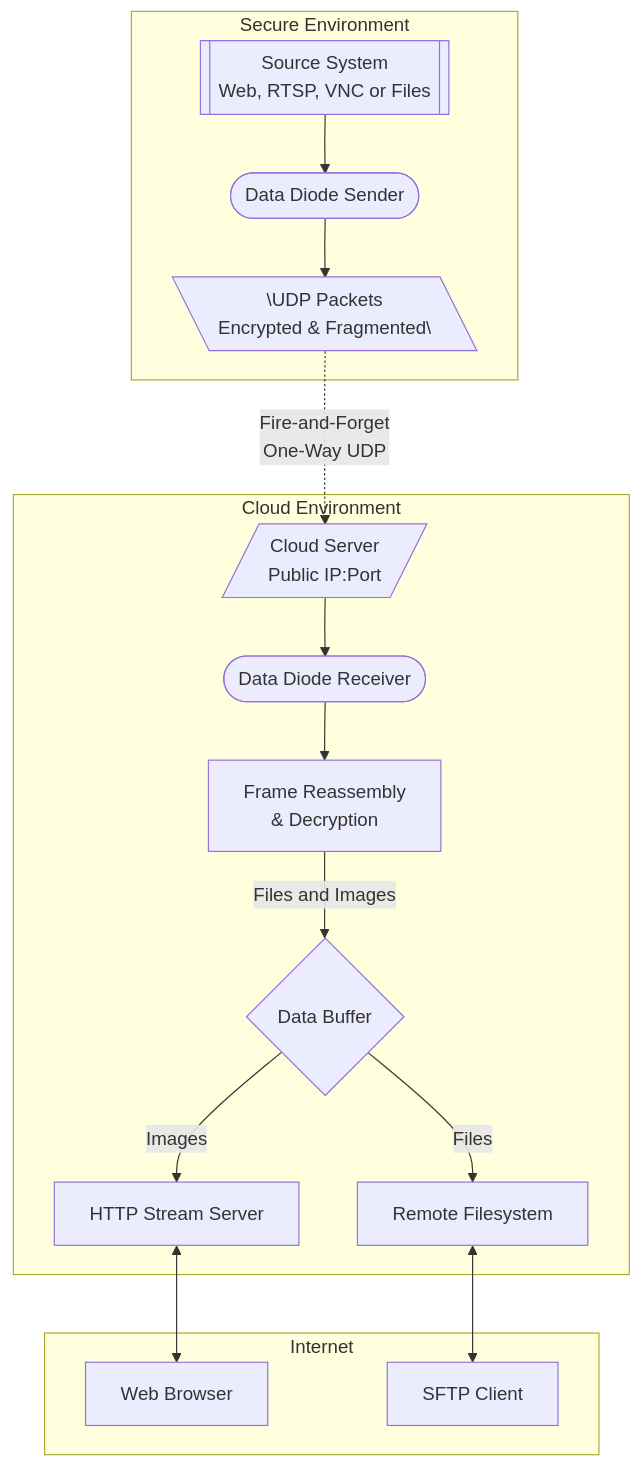
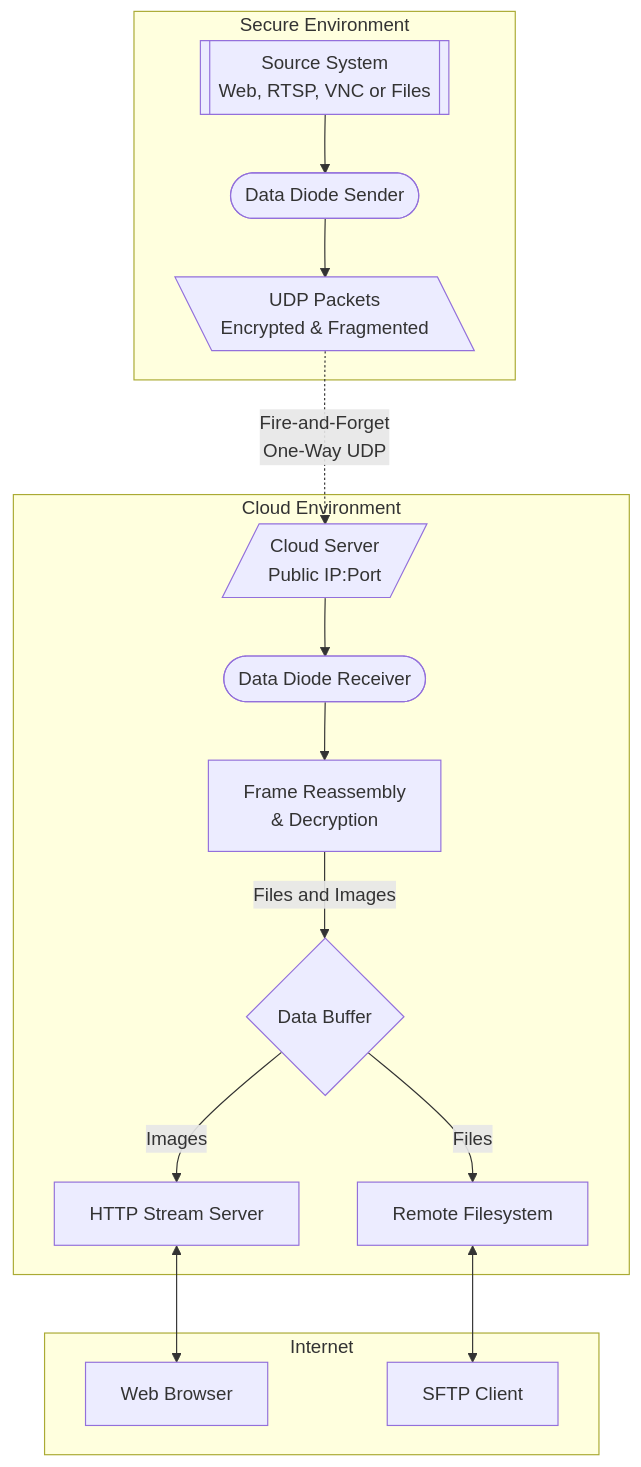
One commit to bmtwl/SoftDataDiode changed the diagram in README.md. Above: the diagram before and after it, drawn with Mermaid.

Commit message:
Update README.md
cleanup slashes

````diff
--- a/README.md
+++ b/README.md
@@ -25,25 +25,25 @@
 ```mermaid
 graph TD
     subgraph "Secure Environment"
         SOURCE[[Source System<BR>Web, RTSP, VNC or Files]] --> SENDER([Data Diode Sender])
-        SENDER --> SENDERPROCESSING[\\UDP Packets<br/>Encrypted & Fragmented\\]
+        SENDER --> SENDERPROCESSING[\UDP Packets<br/>Encrypted & Fragmented\]
     end
     
     SENDERPROCESSING -.->|Fire-and-Forget<br/>One-Way UDP| CLOUDIP[/Cloud Server<br/>Public IP:Port/]
     
     subgraph "Cloud Environment"
         CLOUDIP --> RECEIVER([Data Diode Receiver])
         RECEIVER --> RECEIVERPROCESSING[Frame Reassembly<br/>& Decryption]
         RECEIVERPROCESSING -->|Files and Images| BUFFER{Data Buffer}
         BUFFER -->|Images| HTTPSERVER[HTTP Stream Server]
         BUFFER -->|Files| FILESYSTEM[Remote Filesystem]
     end
 
     subgraph "Internet"
         HTTPSERVER <--> WEBBROWSER[Web Browser]
         FILESYSTEM <--> FILECLIENT[SFTP Client]
     end    
     class SOURCE,SENDER,SENDERPROCESSING secure
     class CLOUDIP,RECEIVER,RECEIVERPROCESSING,BUFFER,HTTPSERVER,FILESYSTEM cloud
     class WEBBROWSER,FILECLIENT client
 ```
````
